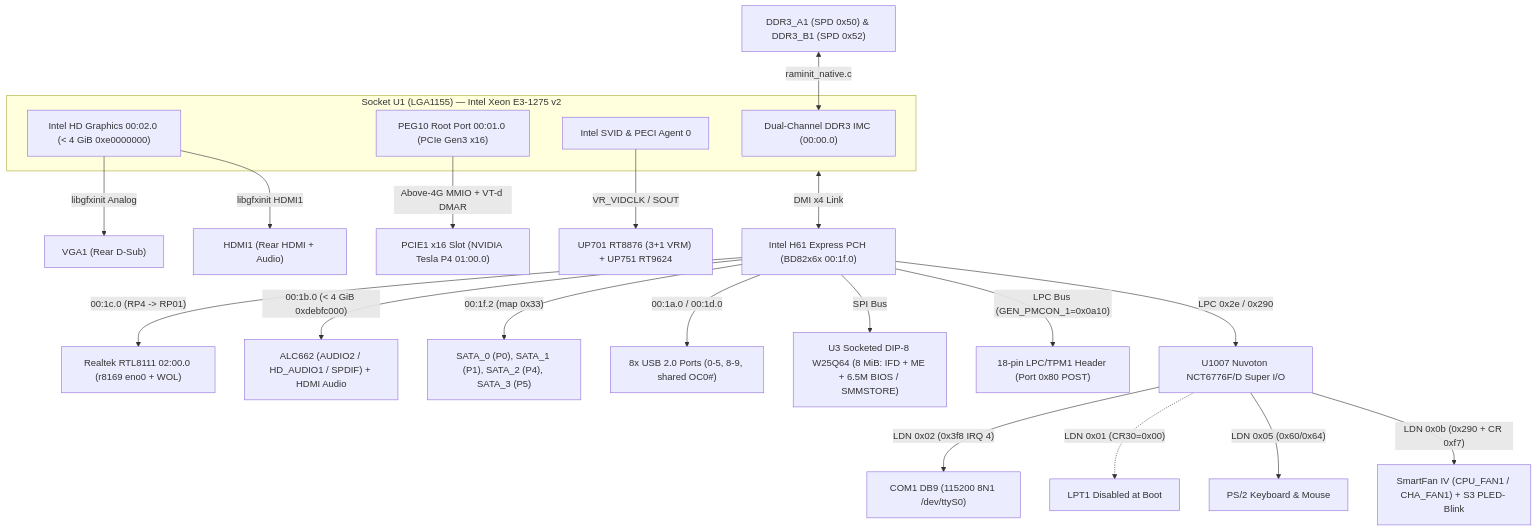
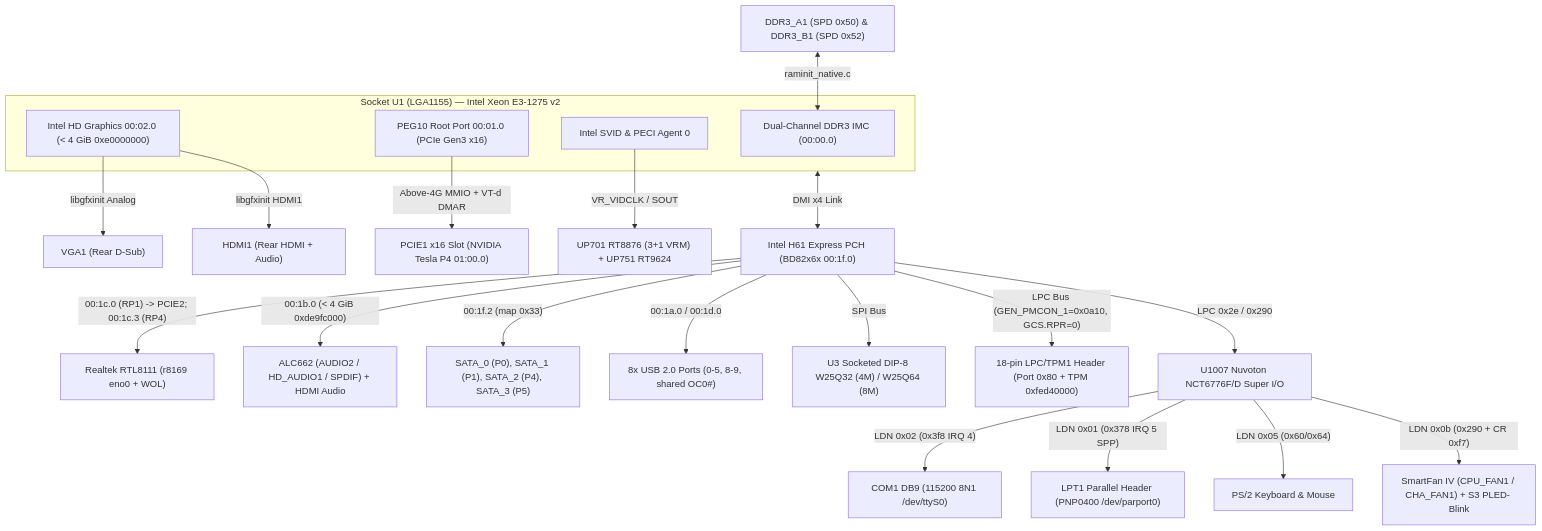
One commit to SanjayRavindran/asrock-h61m-s1-plus-coreboot changed the diagram in docs/HARDWARE-MAP.md. Above: the diagram before and after it, drawn with Mermaid. The commit also changed other lines of this file and 39 other files, not shown here.

Commit message:
v26.11.3: Delete-key USB boot menu, LPT1, LPC/TPM1 Port 80, W25Q32/W25Q64 minimal-ME ROMs & blobs

````diff
--- a/docs/HARDWARE-MAP.md
+++ b/docs/HARDWARE-MAP.md
@@ -33,30 +33,30 @@
 ```mermaid
 flowchart TB
     subgraph CPU["Socket U1 (LGA1155) — Intel Xeon E3-1275 v2"]
         IMC["Dual-Channel DDR3 IMC (00:00.0)"]
         IGD["Intel HD Graphics 00:02.0 (< 4 GiB 0xe0000000)"]
         PEG["PEG10 Root Port 00:01.0 (PCIe Gen3 x16)"]
         SVID["Intel SVID & PECI Agent 0"]
     end
 
     DIMM["DDR3_A1 (SPD 0x50) & DDR3_B1 (SPD 0x52)"] <-->|"raminit_native.c"| IMC
     IGD -->|"libgfxinit Analog"| VGA["VGA1 (Rear D-Sub)"]
     IGD -->|"libgfxinit HDMI1"| HDMI["HDMI1 (Rear HDMI + Audio)"]
     PEG -->|"Above-4G MMIO + VT-d DMAR"| PCIE1["PCIE1 x16 Slot (NVIDIA Tesla P4 01:00.0)"]
     SVID -->|"VR_VIDCLK / SOUT"| VRM["UP701 RT8876 (3+1 VRM) + UP751 RT9624"]
 
     CPU <-->|"DMI x4 Link"| PCH["Intel H61 Express PCH (BD82x6x 00:1f.0)"]
 
-    PCH -->|"00:1c.0 (RP4 -> RP01)"| LAN["Realtek RTL8111 02:00.0 (r8169 eno0 + WOL)"]
-    PCH -->|"00:1b.0 (< 4 GiB 0xdebfc000)"| HDA["ALC662 (AUDIO2 / HD_AUDIO1 / SPDIF) + HDMI Audio"]
+    PCH -->|"00:1c.0 (RP1) -> PCIE2; 00:1c.3 (RP4)"| LAN["Realtek RTL8111 (r8169 eno0 + WOL)"]
+    PCH -->|"00:1b.0 (< 4 GiB 0xde9fc000)"| HDA["ALC662 (AUDIO2 / HD_AUDIO1 / SPDIF) + HDMI Audio"]
     PCH -->|"00:1f.2 (map 0x33)"| SATA["SATA_0 (P0), SATA_1 (P1), SATA_2 (P4), SATA_3 (P5)"]
     PCH -->|"00:1a.0 / 00:1d.0"| USB["8x USB 2.0 Ports (0-5, 8-9, shared OC0#)"]
-    PCH -->|"SPI Bus"| SPI["U3 Socketed DIP-8 W25Q64 (8 MiB: IFD + ME + 6.5M BIOS / SMMSTORE)"]
-    PCH -->|"LPC Bus (GEN_PMCON_1=0x0a10)"| LPCTPM["18-pin LPC/TPM1 Header (Port 0x80 POST)"]
+    PCH -->|"SPI Bus"| SPI["U3 Socketed DIP-8 W25Q32 (4M) / W25Q64 (8M)"]
+    PCH -->|"LPC Bus (GEN_PMCON_1=0x0a10, GCS.RPR=0)"| LPCTPM["18-pin LPC/TPM1 Header (Port 0x80 + TPM 0xfed40000)"]
     PCH -->|"LPC 0x2e / 0x290"| SIO["U1007 Nuvoton NCT6776F/D Super I/O"]
 
     SIO -->|"LDN 0x02 (0x3f8 IRQ 4)"| COM1["COM1 DB9 (115200 8N1 /dev/ttyS0)"]
-    SIO -.->|"LDN 0x01 (CR30=0x00)"| LPT1["LPT1 Disabled at Boot"]
+    SIO -->|"LDN 0x01 (0x378 IRQ 5 SPP)"| LPT1["LPT1 Parallel Header (PNP0400 /dev/parport0)"]
     SIO -->|"LDN 0x05 (0x60/0x64)"| PS2["PS/2 Keyboard & Mouse"]
     SIO -->|"LDN 0x0b (0x290 + CR 0xf7)"| HWM["SmartFan IV (CPU_FAN1 / CHA_FAN1) + S3 PLED- Blink"]
 ```
````
